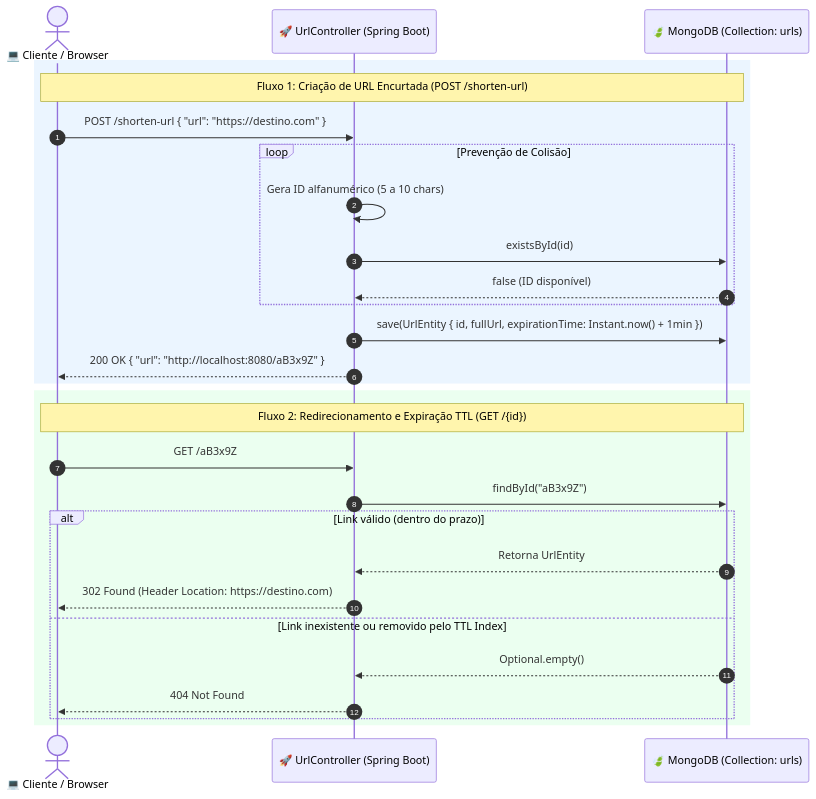
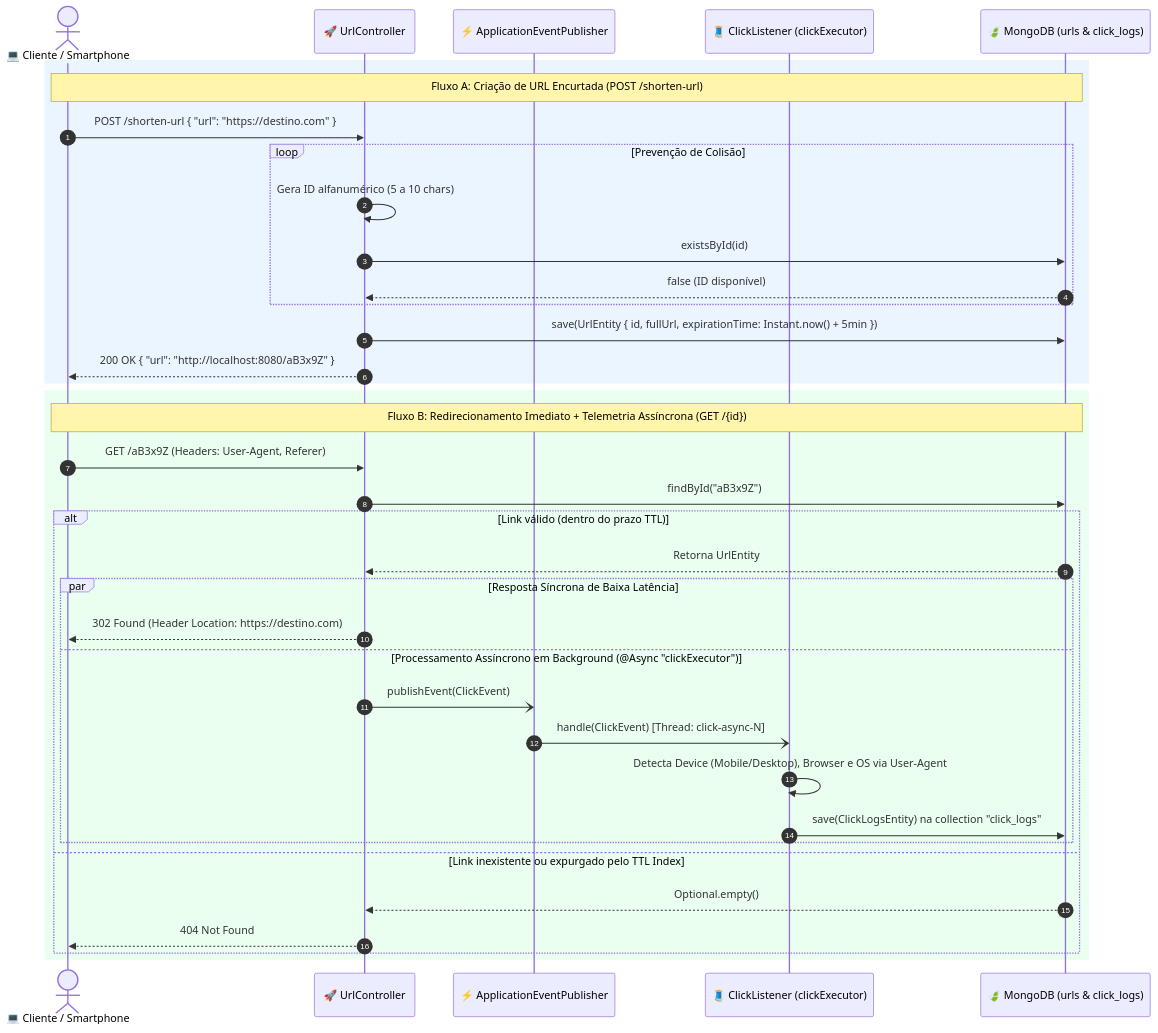
Before and after one commit to matheusrrtavares/encurtador-url: the second of 3 diagrams in README.md, drawn with Mermaid. The commit also changed other lines of this file, not shown here.

````diff
--- a/README.md
+++ b/README.md
@@ -59,32 +92,41 @@
 ```mermaid
 sequenceDiagram
     autonumber
-    actor Client as 💻 Cliente / Browser
-    participant API as 🚀 UrlController (Spring Boot)
-    participant DB as 🍃 MongoDB (Collection: urls)
+    actor Client as 💻 Cliente / Smartphone
+    participant API as 🚀 UrlController
+    participant Bus as ⚡ ApplicationEventPublisher
+    participant Worker as 🧵 ClickListener (clickExecutor)
+    participant DB as 🍃 MongoDB (urls & click_logs)
 
     rect rgb(235, 245, 255)
-    Note over Client,DB: Fluxo 1: Criação de URL Encurtada (POST /shorten-url)
+    Note over Client,DB: Fluxo A: Criação de URL Encurtada (POST /shorten-url)
     Client->>API: POST /shorten-url { "url": "https://destino.com" }
     loop Prevenção de Colisão
         API->>API: Gera ID alfanumérico (5 a 10 chars)
         API->>DB: existsById(id)
         DB-->>API: false (ID disponível)
     end
-    API->>DB: save(UrlEntity { id, fullUrl, expirationTime: Instant.now() + 1min })
+    API->>DB: save(UrlEntity { id, fullUrl, expirationTime: Instant.now() + 5min })
     API-->>Client: 200 OK { "url": "http://localhost:8080/aB3x9Z" }
     end
 
     rect rgb(235, 255, 240)
-    Note over Client,DB: Fluxo 2: Redirecionamento e Expiração TTL (GET /{id})
-    Client->>API: GET /aB3x9Z
+    Note over Client,DB: Fluxo B: Redirecionamento Imediato + Telemetria Assíncrona (GET /{id})
+    Client->>API: GET /aB3x9Z (Headers: User-Agent, Referer)
     API->>DB: findById("aB3x9Z")
-    alt Link válido (dentro do prazo)
+    alt Link válido (dentro do prazo TTL)
         DB-->>API: Retorna UrlEntity
-        API-->>Client: 302 Found (Header Location: https://destino.com)
-    else Link inexistente ou removido pelo TTL Index
+        par Resposta Síncrona de Baixa Latência
+            API-->>Client: 302 Found (Header Location: https://destino.com)
+        and Processamento Assíncrono em Background (@Async "clickExecutor")
+            API-)Bus: publishEvent(ClickEvent)
+            Bus-)Worker: handle(ClickEvent) [Thread: click-async-N]
+            Worker->>Worker: Detecta Device (Mobile/Desktop), Browser e OS via User-Agent
+            Worker->>DB: save(ClickLogsEntity) na collection "click_logs"
+        end
+    else Link inexistente ou expurgado pelo TTL Index
         DB-->>API: Optional.empty()
         API-->>Client: 404 Not Found
     end
     end
 ```
````
